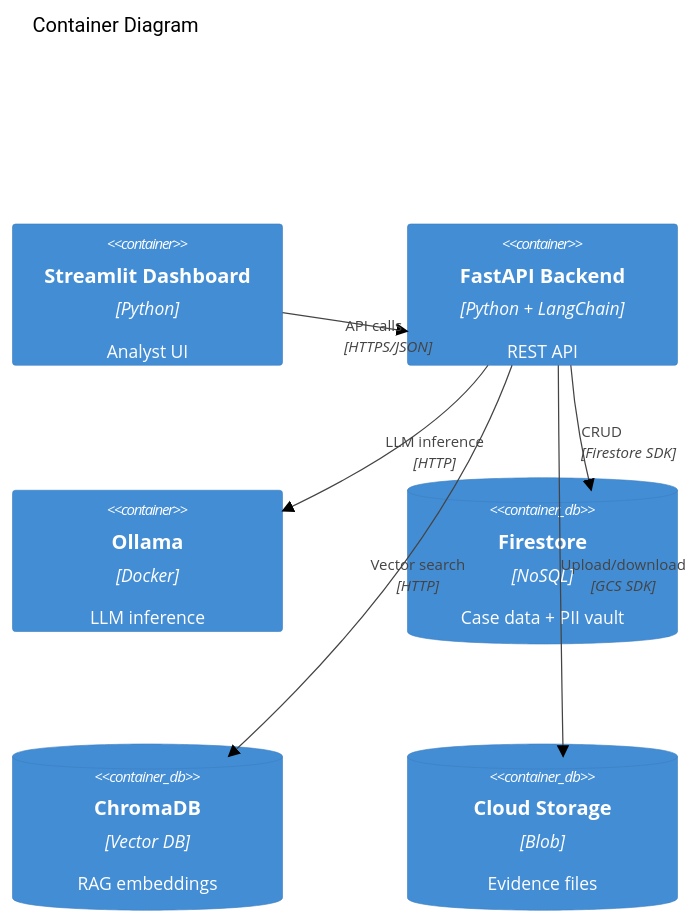
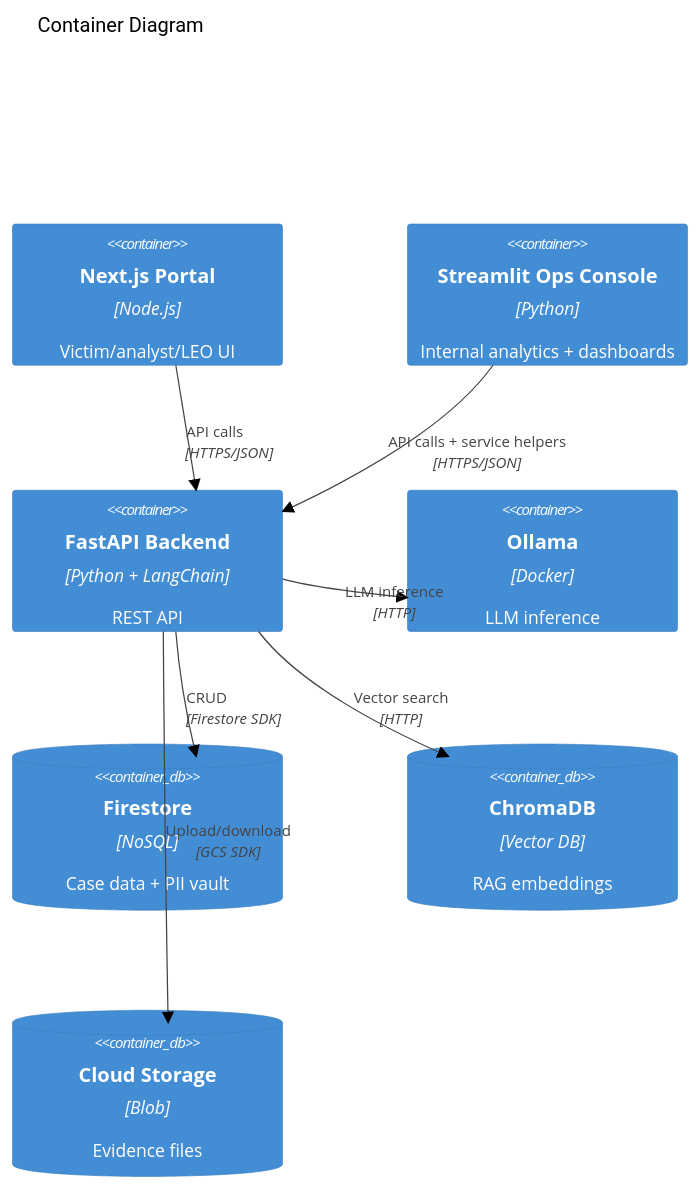
The second of 3 diagrams in docs/tdd.md (jsoung/i4g), drawn with Mermaid (neutral theme) before and after one commit. The commit also changed other lines of this file and 9 other files, not shown here.

````diff
--- a/docs/tdd.md
+++ b/docs/tdd.md
@@ -49,18 +51,20 @@
 ```mermaid
 C4Container
     title Container Diagram
 
-    Container(web, "Streamlit Dashboard", "Python", "Analyst UI")
+  Container(portal, "Next.js Portal", "Node.js", "Victim/analyst/LEO UI")
+  Container(streamlit, "Streamlit Ops Console", "Python", "Internal analytics + dashboards")
     Container(api, "FastAPI Backend", "Python + LangChain", "REST API")
     Container(ollama_c, "Ollama", "Docker", "LLM inference")
 
     ContainerDb(firestore, "Firestore", "NoSQL", "Case data + PII vault")
     ContainerDb(chroma, "ChromaDB", "Vector DB", "RAG embeddings")
     ContainerDb(gcs, "Cloud Storage", "Blob", "Evidence files")
 
-    Rel(web, api, "API calls", "HTTPS/JSON")
+  Rel(portal, api, "API calls", "HTTPS/JSON")
+  Rel(streamlit, api, "API calls + service helpers", "HTTPS/JSON")
     Rel(api, firestore, "CRUD", "Firestore SDK")
     Rel(api, chroma, "Vector search", "HTTP")
     Rel(api, gcs, "Upload/download", "GCS SDK")
     Rel(api, ollama_c, "LLM inference", "HTTP")
 ```
````
